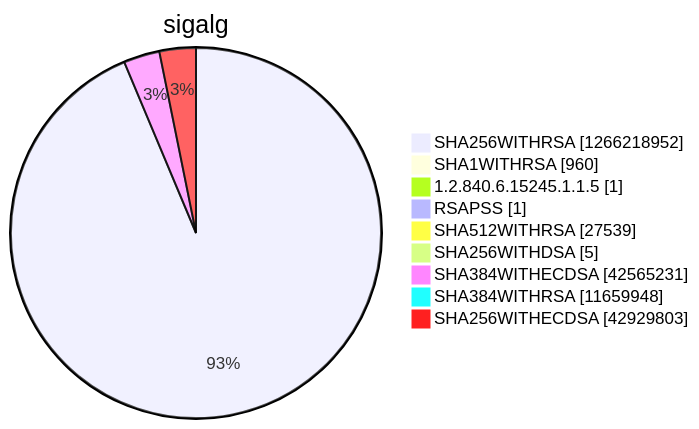
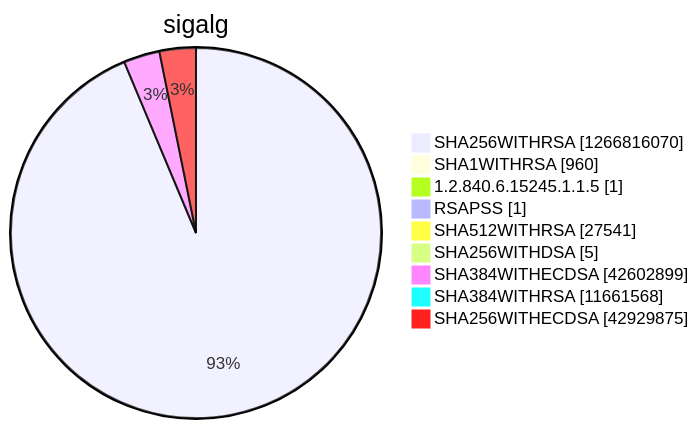
Diagram 15 of 15 in argon2022/README.md (christiankrug/ctmonitor_visualization), drawn with Mermaid before and after one commit. The commit also changed other lines of this file, not shown here.

````diff
--- a/argon2022/README.md
+++ b/argon2022/README.md
@@ -5522,13 +5522,13 @@
 ```mermaid
 pie showData
 title sigalg
-"SHA256WITHRSA" :1266218952
+"SHA256WITHRSA" :1266816070
 "SHA1WITHRSA" :960
 "1.2.840.6.15245.1.1.5" :1
 "RSAPSS" :1
-"SHA512WITHRSA" :27539
+"SHA512WITHRSA" :27541
 "SHA256WITHDSA" :5
-"SHA384WITHECDSA" :42565231
-"SHA384WITHRSA" :11659948
-"SHA256WITHECDSA" :42929803
+"SHA384WITHECDSA" :42602899
+"SHA384WITHRSA" :11661568
+"SHA256WITHECDSA" :42929875
 ```
````
